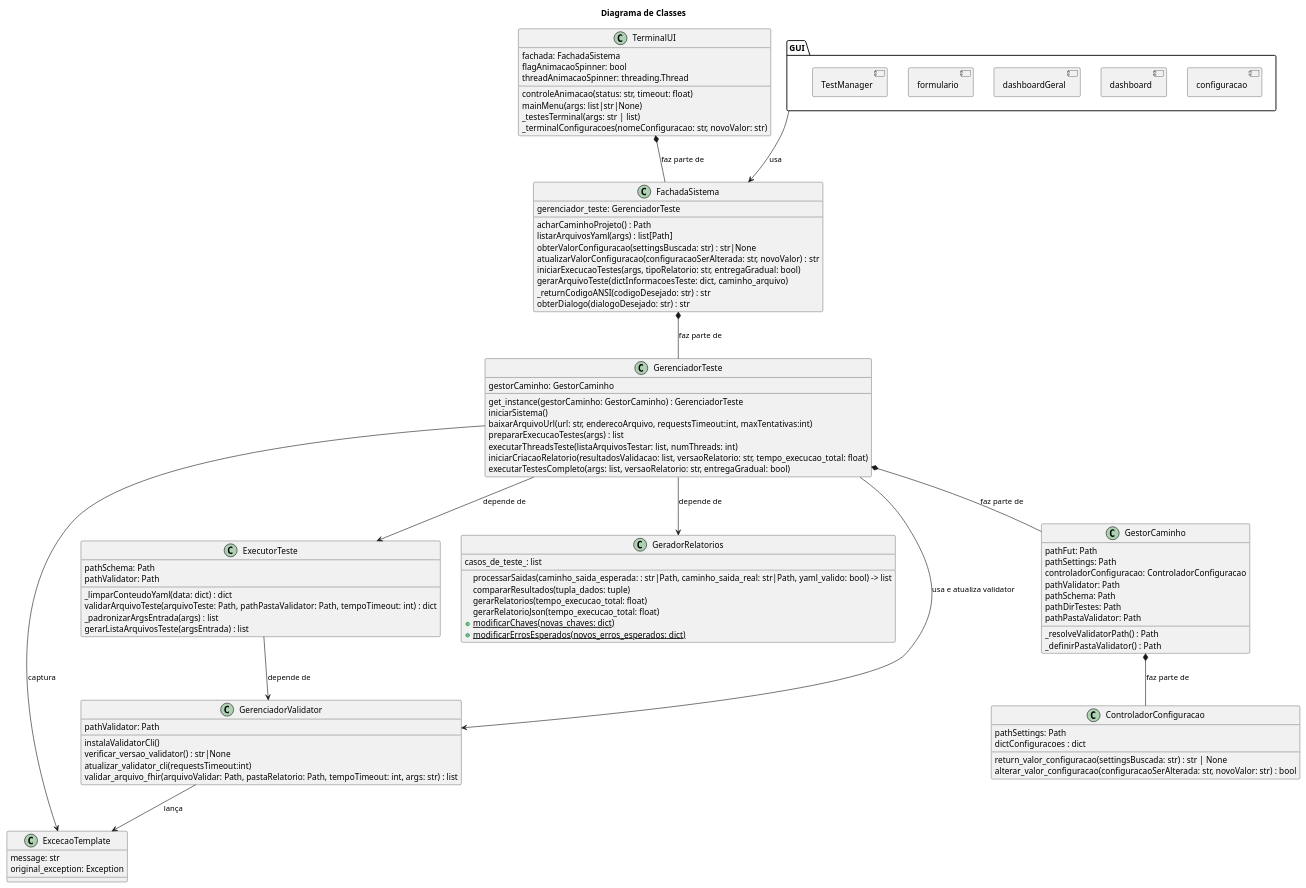
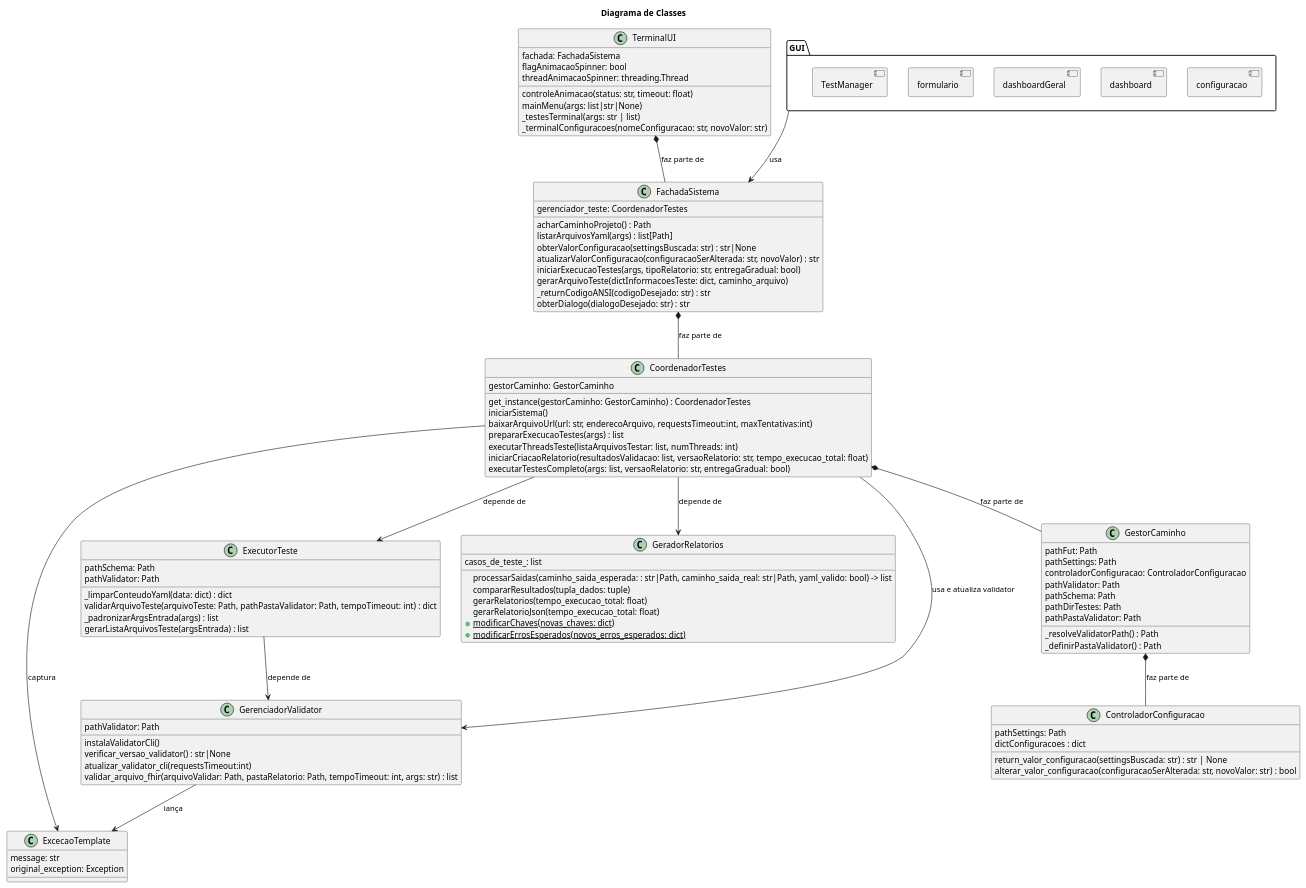
The diagram in Documentacao/Diagramas/DiagramaClasse.puml (LeonardoCFilho/fut), drawn with PlantUML before and after one commit. The commit also changed 10 other files, not shown here.

Commit message:
Decompondo a classe deus GerenciadorTeste e corrigindo erro que ocorria na primeira execução

```diff
--- a/Documentacao/Diagramas/DiagramaClasse.puml
+++ b/Documentacao/Diagramas/DiagramaClasse.puml
@@ -1,119 +1,119 @@
 @startuml Classes
 
 ' Título do diagrama
 title Diagrama de Classes
 top to bottom direction
 ' Classes
 class ControladorConfiguracao {
     pathSettings: Path
     dictConfiguracoes : dict
     return_valor_configuracao(settingsBuscada: str) : str | None
     alterar_valor_configuracao(configuracaoSerAlterada: str, novoValor: str) : bool
 }
 class ExcecaoTemplate {
     message: str
     original_exception: Exception
 }
 class ExecutorTeste {
     pathSchema: Path
     pathValidator: Path
     _limparConteudoYaml(data: dict) : dict
     validarArquivoTeste(arquivoTeste: Path, pathPastaValidator: Path, tempoTimeout: int) : dict
     _padronizarArgsEntrada(args) : list
     gerarListaArquivosTeste(argsEntrada) : list
 
 }
 class GeradorRelatorios {
     casos_de_teste_: list
     processarSaidas(caminho_saida_esperada: : str|Path, caminho_saida_real: str|Path, yaml_valido: bool) -> list
     compararResultados(tupla_dados: tuple)
     gerarRelatorios(tempo_execucao_total: float)
     gerarRelatorioJson(tempo_execucao_total: float)
     {static} +modificarChaves(novas_chaves: dict)
     {static} +modificarErrosEsperados(novos_erros_esperados: dict)
 }
-class GerenciadorTeste {
+class CoordenadorTestes {
     gestorCaminho: GestorCaminho
-    get_instance(gestorCaminho: GestorCaminho) : GerenciadorTeste
+    get_instance(gestorCaminho: GestorCaminho) : CoordenadorTestes
     iniciarSistema()
     baixarArquivoUrl(url: str, enderecoArquivo, requestsTimeout:int, maxTentativas:int)
     prepararExecucaoTestes(args) : list
     executarThreadsTeste(listaArquivosTestar: list, numThreads: int)
     iniciarCriacaoRelatorio(resultadosValidacao: list, versaoRelatorio: str, tempo_execucao_total: float)
     executarTestesCompleto(args: list, versaoRelatorio: str, entregaGradual: bool)
 }
 class GerenciadorValidator {
     pathValidator: Path
     instalaValidatorCli()
     verificar_versao_validator() : str|None
     atualizar_validator_cli(requestsTimeout:int)
     validar_arquivo_fhir(arquivoValidar: Path, pastaRelatorio: Path, tempoTimeout: int, args: str) : list
 }
 class GestorCaminho {
     pathFut: Path
     pathSettings: Path
     controladorConfiguracao: ControladorConfiguracao
     pathValidator: Path 
     pathSchema: Path  
     pathDirTestes: Path
     pathPastaValidator: Path
     _resolveValidatorPath() : Path   
     _definirPastaValidator() :  Path  
 
 }
 class FachadaSistema {
-    gerenciador_teste: GerenciadorTeste
+    gerenciador_teste: CoordenadorTestes
     acharCaminhoProjeto() : Path   
     listarArquivosYaml(args) : list[Path]
     obterValorConfiguracao(settingsBuscada: str) : str|None
     atualizarValorConfiguracao(configuracaoSerAlterada: str, novoValor) : str 
     iniciarExecucaoTestes(args, tipoRelatorio: str, entregaGradual: bool)
     gerarArquivoTeste(dictInformacoesTeste: dict, caminho_arquivo)
     _returnCodigoANSI(codigoDesejado: str) : str
     obterDialogo(dialogoDesejado: str) : str
 }
 class TerminalUI {
     fachada: FachadaSistema
     flagAnimacaoSpinner: bool
     threadAnimacaoSpinner: threading.Thread
     controleAnimacao(status: str, timeout: float)
     mainMenu(args: list|str|None)
     _testesTerminal(args: str | list)
     _terminalConfiguracoes(nomeConfiguracao: str, novoValor: str)
 }
 package GUI {
     component configuracao{
 
     }
     component dashboard{
 
     }
     component dashboardGeral{
 
     }
     component formulario{
 
     }
     component TestManager{
 
     }
 }
 
 ' Relacoes
 GUI --> FachadaSistema : usa
-GerenciadorTeste --> GeradorRelatorios : depende de
-GerenciadorTeste --> ExecutorTeste : depende de
+CoordenadorTestes --> GeradorRelatorios : depende de
+CoordenadorTestes --> ExecutorTeste : depende de
 ExecutorTeste --> GerenciadorValidator : depende de
-GerenciadorTeste --> GerenciadorValidator : usa e atualiza validator
+CoordenadorTestes --> GerenciadorValidator : usa e atualiza validator
 
 '' Excecao template
 GerenciadorValidator --> ExcecaoTemplate : lança
-GerenciadorTeste --> ExcecaoTemplate : captura
+CoordenadorTestes --> ExcecaoTemplate : captura
 
 '' Composições
-GerenciadorTeste *-- GestorCaminho : faz parte de
+CoordenadorTestes *-- GestorCaminho : faz parte de
 GestorCaminho *-- ControladorConfiguracao : faz parte de
-FachadaSistema *-- GerenciadorTeste : faz parte de
+FachadaSistema *-- CoordenadorTestes : faz parte de
 TerminalUI *-- FachadaSistema : faz parte de
 
 @enduml
```
